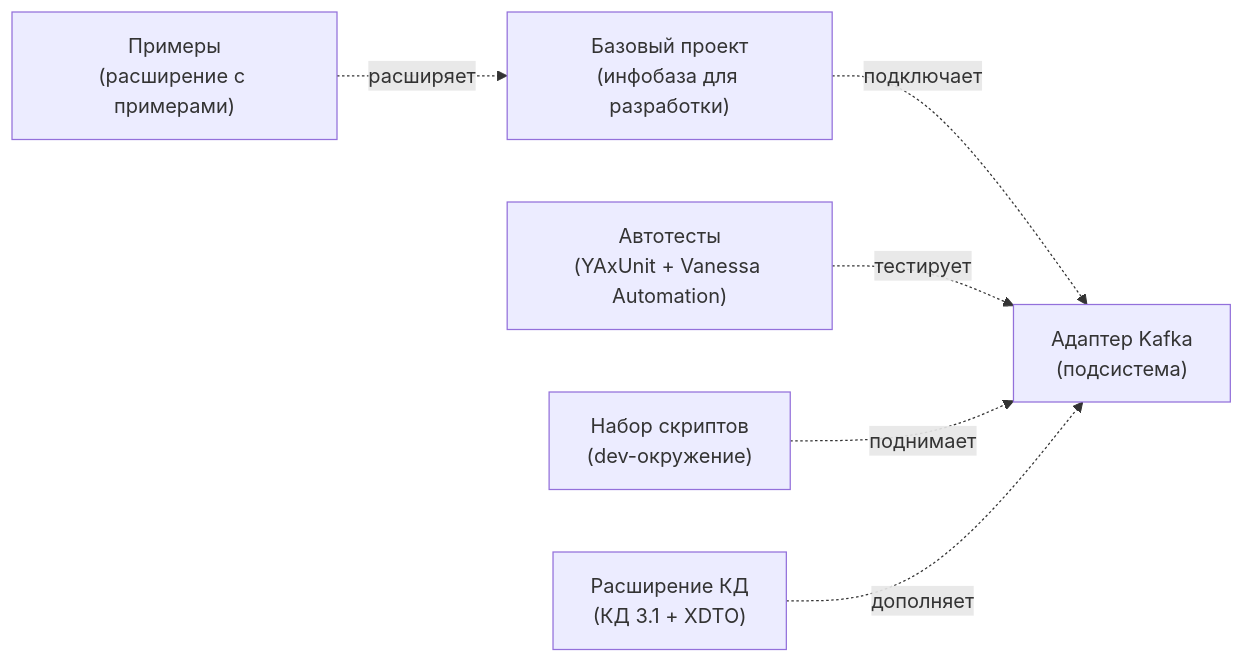
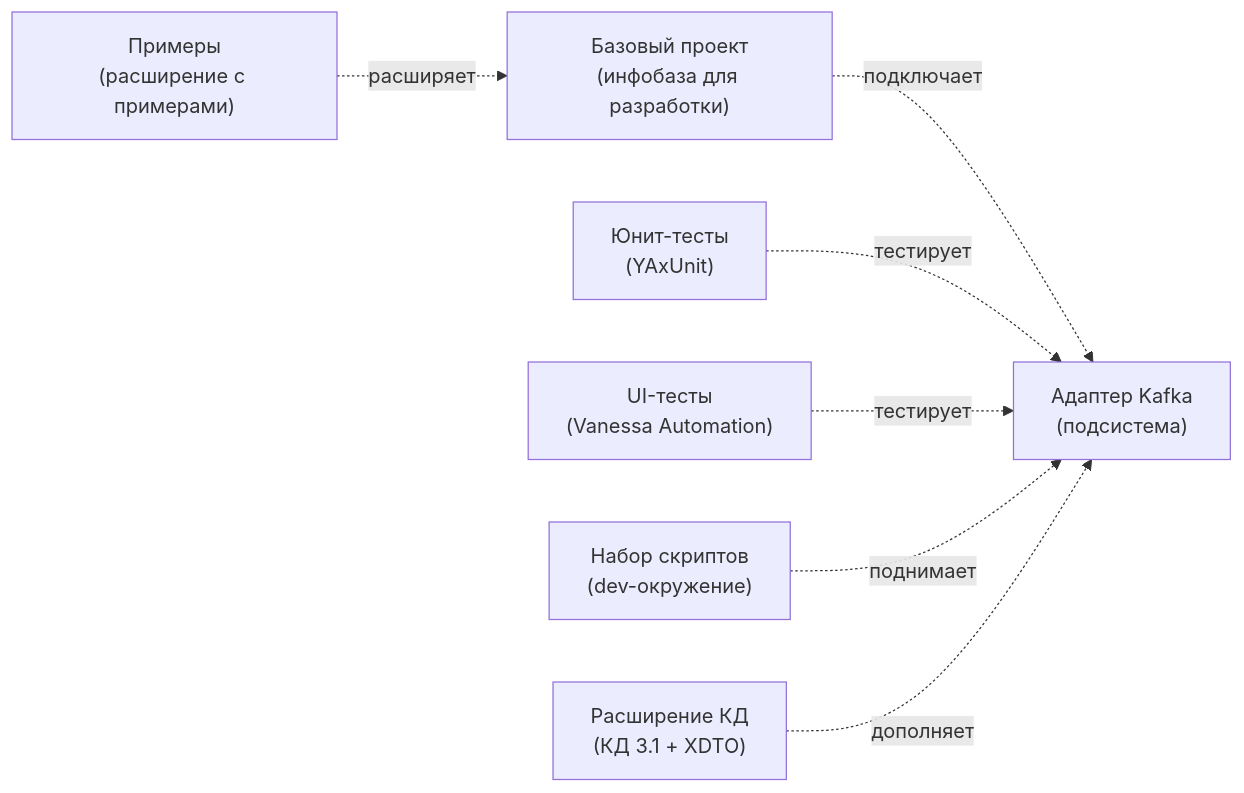
One commit to ShadobaAI/kafka-adapter changed the diagram in docs/project/repositories.md. Above: the diagram before and after it, drawn with Mermaid. The commit also changed other lines of this file, not shown here.

Commit message:
обновил доку

````diff
--- a/docs/project/repositories.md
+++ b/docs/project/repositories.md
@@ -16,15 +17,17 @@
 ```mermaid
 flowchart LR
     ADAPTER["Адаптер Kafka<br/>(подсистема)"]
     BASE["Базовый проект<br/>(инфобаза для разработки)"]
     examples["Примеры<br/>(расширение с примерами)"]
-    TESTS["Автотесты<br/>(YAxUnit + Vanessa Automation)"]
+    TESTS_UNIT["Юнит-тесты<br/>(YAxUnit)"]
+    TESTS_UI["UI-тесты<br/>(Vanessa Automation)"]
     TOOLS["Набор скриптов<br/>(dev-окружение)"]
     CONV["Расширение КД<br/>(КД 3.1 + XDTO)"]
 
     BASE -.подключает.-> ADAPTER
     examples -.расширяет.-> BASE
-    TESTS -.тестирует.-> ADAPTER
+    TESTS_UNIT -.тестирует.-> ADAPTER
+    TESTS_UI -.тестирует.-> ADAPTER
     TOOLS -.поднимает.-> ADAPTER
     CONV -.дополняет.-> ADAPTER
 ```
````
